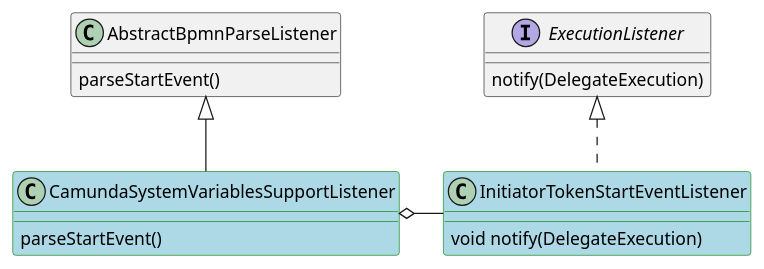
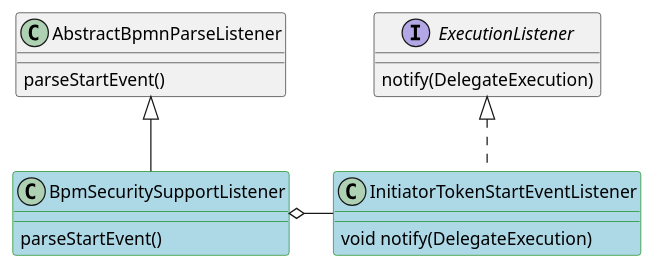
One commit to epam/edp-ddm-bpms changed the fifth of 11 diagrams in docs/modules/bpms/pages/camunda-core-extensions.adoc. Above: the diagram before and after it, drawn with PlantUML. The commit also changed other lines of this file and 24 other files, not shown here.

```diff
--- a/docs/modules/bpms/pages/camunda-core-extensions.adoc
+++ b/docs/modules/bpms/pages/camunda-core-extensions.adoc
@@ -171,22 +171,22 @@
 [plantuml,initiator-token,svg]
 ----
 @startuml
 class AbstractBpmnParseListener {
   parseStartEvent()
 }
 
-class CamundaSystemVariablesSupportListener #back:lightblue;line:green;text:black extends AbstractBpmnParseListener {
+class BpmSecuritySupportListener #back:lightblue;line:green;text:black extends AbstractBpmnParseListener {
   parseStartEvent()
 }
 
 interface ExecutionListener {
   notify(DelegateExecution)
 }
 
 class InitiatorTokenStartEventListener #back:lightblue;line:green;text:black implements ExecutionListener {
   void notify(DelegateExecution)
 }
 
-CamundaSystemVariablesSupportListener o- InitiatorTokenStartEventListener
+BpmSecuritySupportListener o- InitiatorTokenStartEventListener
 @enduml
 ----
```
